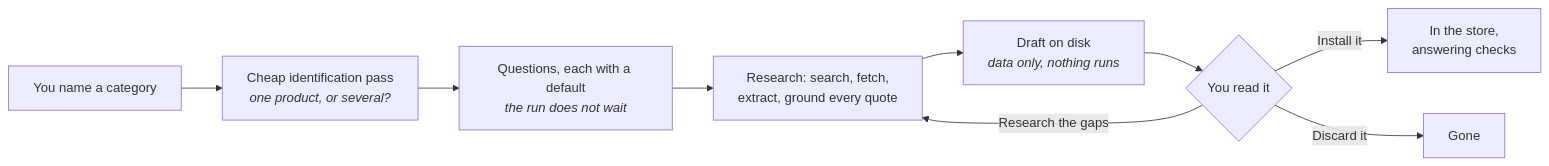
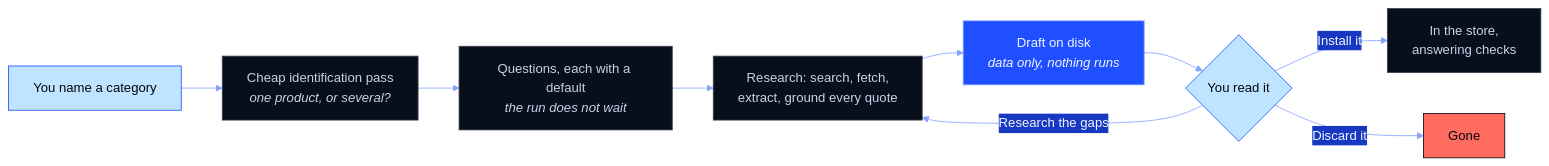
Before and after one commit to Berbadov/kriko: the second of 4 diagrams in docs/HOW_IT_WORKS.md, drawn with Mermaid. The commit also changed other lines of this file and 21 other files, not shown here.

````diff
--- a/docs/HOW_IT_WORKS.md
+++ b/docs/HOW_IT_WORKS.md
@@ -28,11 +45,22 @@
 ```mermaid
+%%{init: {"theme":"base","themeVariables":{"fontFamily":"ui-monospace, SFMono-Regular, Consolas, monospace","primaryColor":"#090E1B","primaryTextColor":"#F2F5FF","primaryBorderColor":"#1F4FFF","lineColor":"#86A3FF","secondaryColor":"#1739C2","tertiaryColor":"#080B16","noteBkgColor":"#BFE4FF","noteTextColor":"#05070F","actorBkg":"#090E1B","actorTextColor":"#F2F5FF","actorBorder":"#1F4FFF","signalColor":"#86A3FF","signalTextColor":"#86A3FF"}}}%%
 flowchart LR
     A["You name a category"] --> B["Cheap identification pass<br/><i>one product, or several?</i>"]
     B --> C["Questions, each with a default<br/><i>the run does not wait</i>"]
     C --> D["Research: search, fetch,<br/>extract, ground every quote"]
     D --> E["Draft on disk<br/><i>data only, nothing runs</i>"]
     E --> F{"You read it"}
     F -- "Install it" --> G["In the store,<br/>answering checks"]
     F -- "Research the gaps" --> D
     F -- "Discard it" --> H["Gone"]
+
+    classDef brand  fill:#1F4FFF,stroke:#86A3FF,color:#F2F5FF
+    classDef plain  fill:#090E1B,stroke:#3A4156,color:#C9D1EA
+    classDef ice    fill:#BFE4FF,stroke:#1F4FFF,color:#05070F
+    classDef danger fill:#FF6B5E,stroke:#05070F,color:#05070F
+    class A,F ice
+    class B,C,D plain
+    class E brand
+    class G plain
+    class H danger
 ```
````
